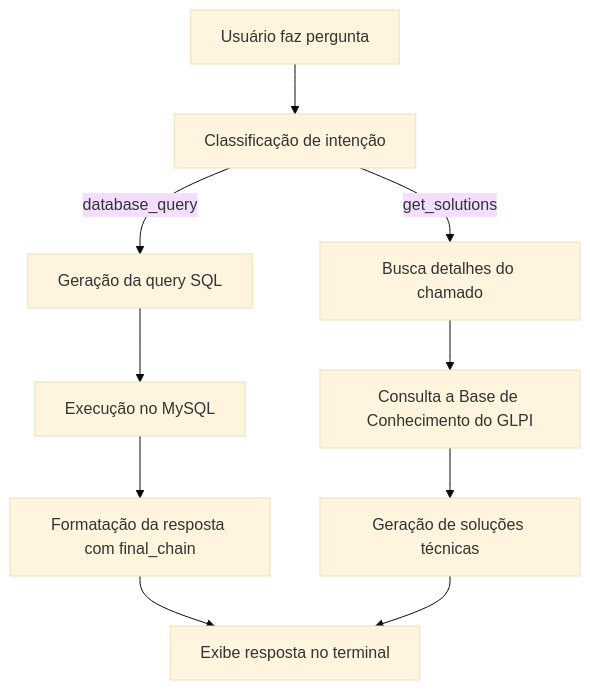
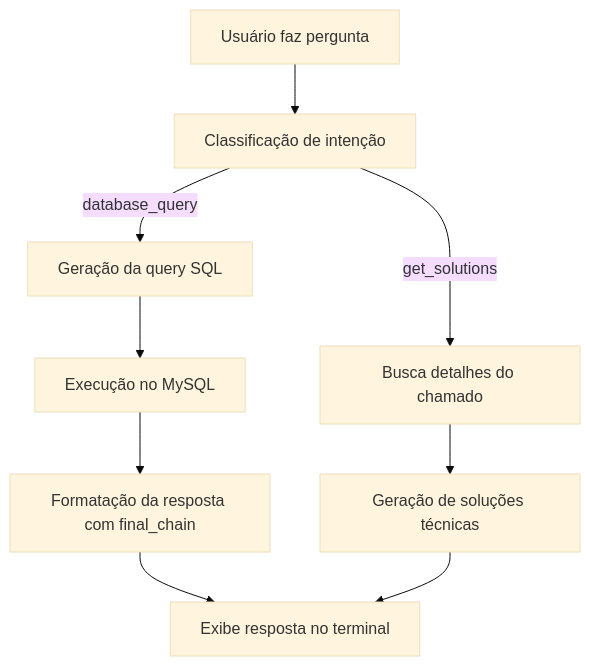
One commit to briellll/glpi_sql_ai changed the diagram in README.md. Above: the diagram before and after it, drawn with Mermaid (base theme). The commit also changed other lines of this file, not shown here.

````diff
--- a/README.md
+++ b/README.md
@@ -189,11 +170,10 @@
 ```mermaid
 flowchart TD
     A[Usuário faz pergunta] --> B[Classificação de intenção]
     B -->|database_query| C[Geração da query SQL]
     C --> D[Execução no MySQL]
     D --> E[Formatação da resposta com final_chain]
     B -->|get_solutions| F[Busca detalhes do chamado]
-    F --> G[Consulta a Base de Conhecimento do GLPI]
-    G --> H[Geração de soluções técnicas]
-    E & H --> I[Exibe resposta no terminal]
+    F --> G[Geração de soluções técnicas]
+    E & G --> H[Exibe resposta no terminal]
 ```
````
